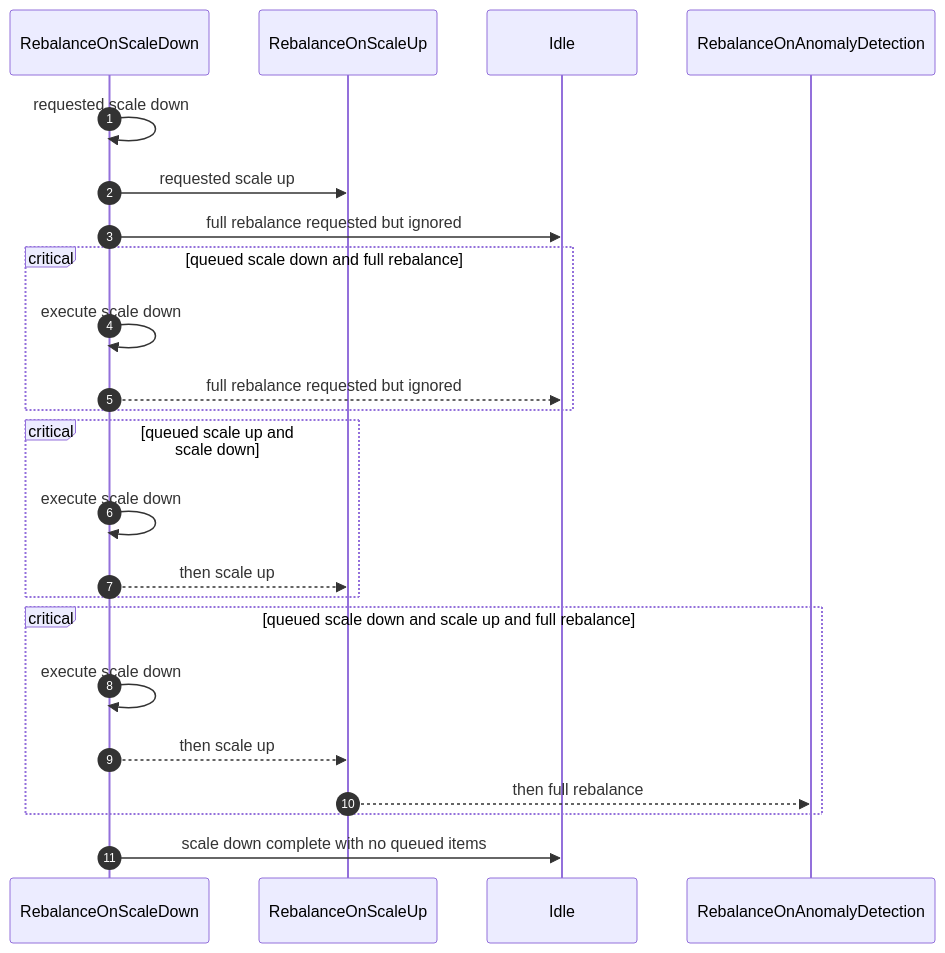
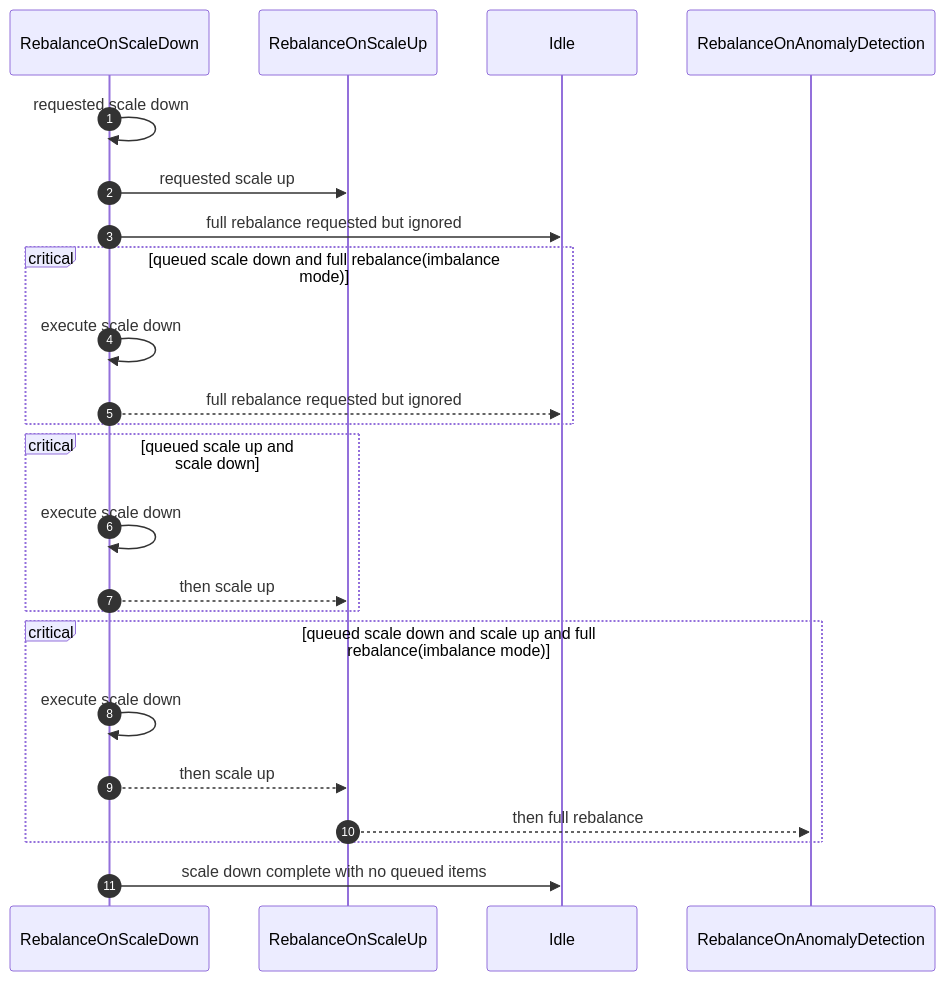
One commit to strimzi/proposals changed the second of 6 diagrams in 106-auto-rebalance-on-imbalanced-clusters.md. Above: the diagram before and after it, drawn with Mermaid. The commit also changed other lines of this file, not shown here.

````diff
--- a/106-auto-rebalance-on-imbalanced-clusters.md
+++ b/106-auto-rebalance-on-imbalanced-clusters.md
@@ -289,21 +297,21 @@
 ```mermaid
 sequenceDiagram
   autonumber
   RebalanceOnScaleDown->>RebalanceOnScaleDown: requested scale down
   RebalanceOnScaleDown->>RebalanceOnScaleUp: requested scale up
   RebalanceOnScaleDown->>Idle: full rebalance requested but ignored
-  critical queued scale down and full rebalance
+  critical queued scale down and full rebalance(imbalance mode)
     RebalanceOnScaleDown->>RebalanceOnScaleDown: execute scale down
     RebalanceOnScaleDown-->>Idle: full rebalance requested but ignored
   end
   critical queued scale up and scale down
     RebalanceOnScaleDown->>RebalanceOnScaleDown: execute scale down
     RebalanceOnScaleDown-->>RebalanceOnScaleUp: then scale up
   end
-  critical queued scale down and scale up and full rebalance
+  critical queued scale down and scale up and full rebalance(imbalance mode)
     RebalanceOnScaleDown->>RebalanceOnScaleDown: execute scale down
     RebalanceOnScaleDown-->>RebalanceOnScaleUp: then scale up
     RebalanceOnScaleUp-->>RebalanceOnAnomalyDetection: then full rebalance
   end
   RebalanceOnScaleDown->>Idle: scale down complete with no queued items
 ```
````
